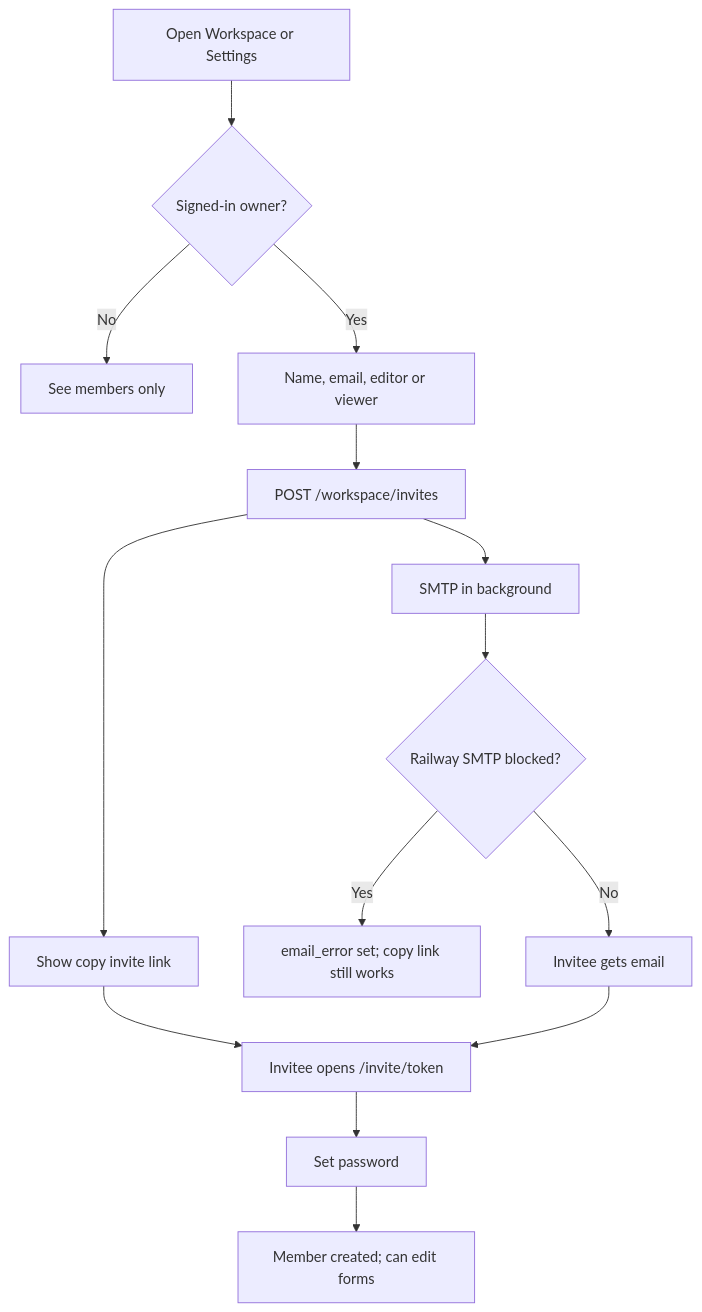
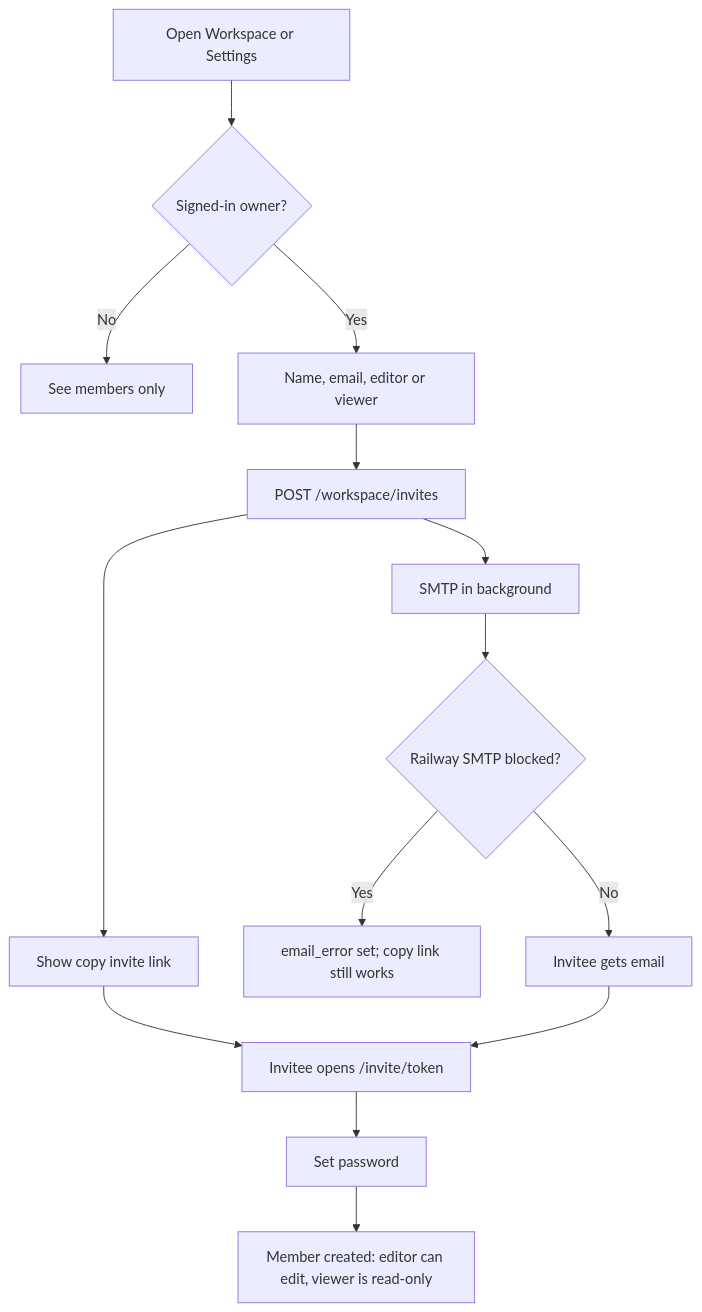
The fifth of 6 diagrams in docs/diagrams/activity.md (ruthwikkakumani/formly), drawn with Mermaid before and after one commit. The commit also changed other lines of this file and 28 other files, not shown here.

````diff
--- a/docs/diagrams/activity.md
+++ b/docs/diagrams/activity.md
@@ -82,16 +84,16 @@
 ```mermaid
 flowchart TD
   A[Open Workspace or Settings] --> B{Signed-in owner?}
   B -->|No| C[See members only]
   B -->|Yes| D[Name, email, editor or viewer]
   D --> E[POST /workspace/invites]
   E --> F[Show copy invite link]
   E --> G[SMTP in background]
   G --> H{Railway SMTP blocked?}
   H -->|Yes| I[email_error set; copy link still works]
   H -->|No| J[Invitee gets email]
   F --> K[Invitee opens /invite/token]
   J --> K
   K --> L[Set password]
-  L --> M[Member created; can edit forms]
+  L --> M[Member created: editor can edit, viewer is read-only]
 ```
````
